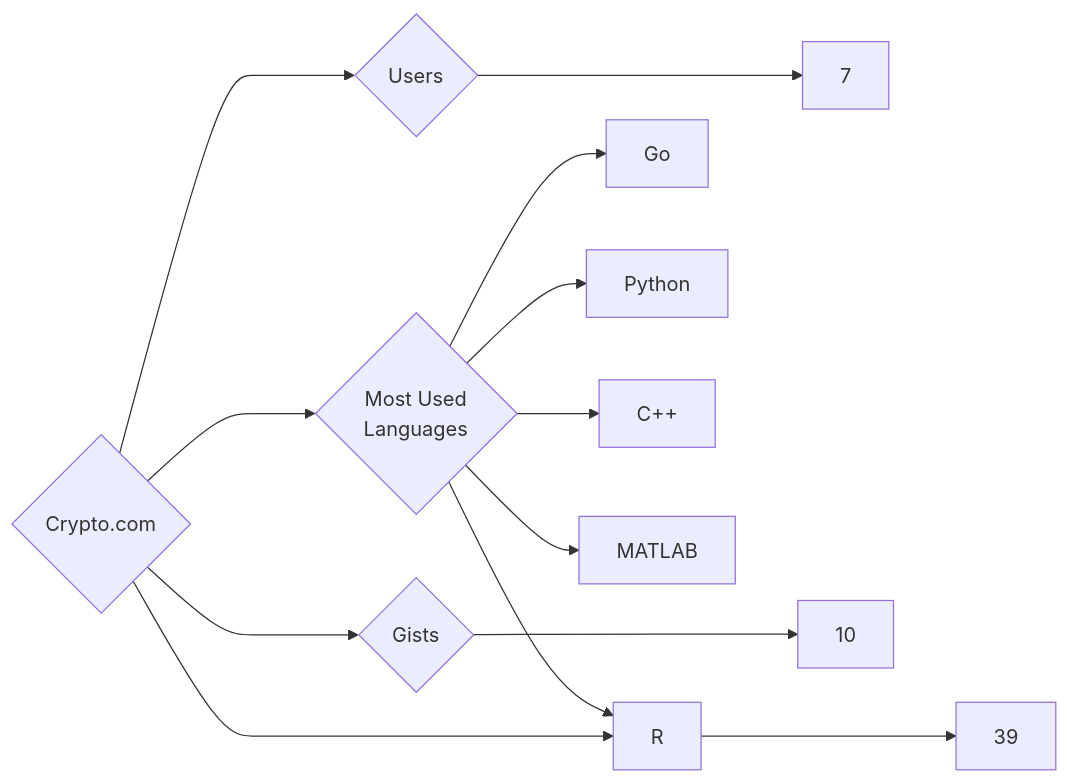
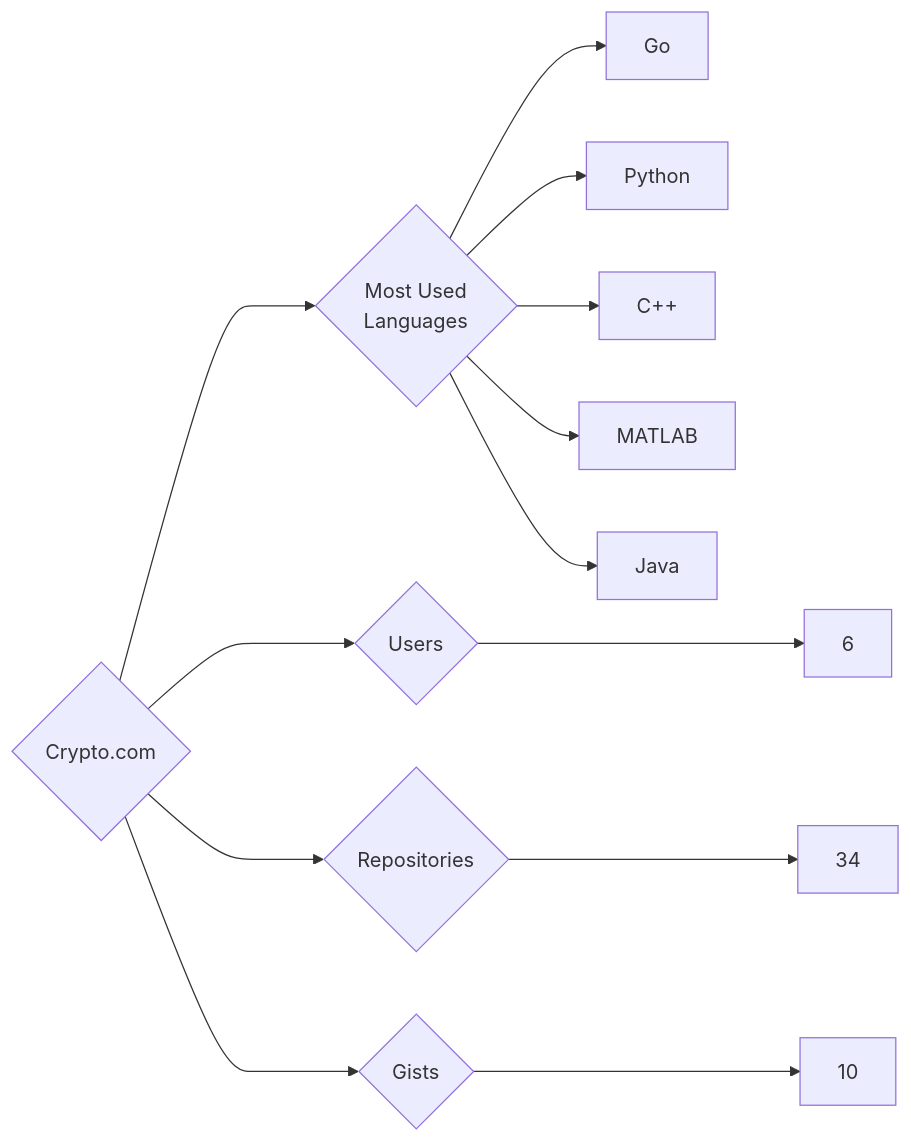
The diagram in targets/Crypto.com/README.md (trickest/insiders), drawn with Mermaid before and after one commit. The commit also changed 912 other files, not shown here.

````diff
--- a/targets/Crypto.com/README.md
+++ b/targets/Crypto.com/README.md
@@ -3,13 +3,13 @@
 ```mermaid
 graph LR
 COMPANY_NAME{Crypto.com}
-COMPANY_NAME ---> U{Users} ---> UN[7]
-COMPANY_NAME ---> R{Repositories} ---> RN[39]
+COMPANY_NAME ---> U{Users} ---> UN[6]
+COMPANY_NAME ---> R{Repositories} ---> RN[34]
 COMPANY_NAME ---> G{Gists} ---> GN[10]
 COMPANY_NAME ---> ML{Most Used<br>Languages}
 ML --> Go[Go]
 ML --> Python[Python]
 ML --> C++[C++]
-ML --> R[R]
 ML --> MATLAB[MATLAB]
+ML --> Java[Java]
 ```
````
